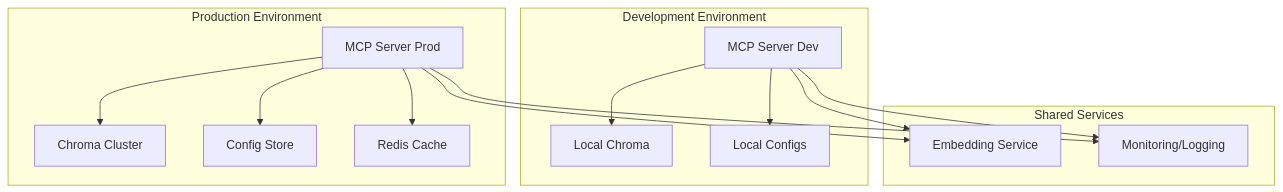
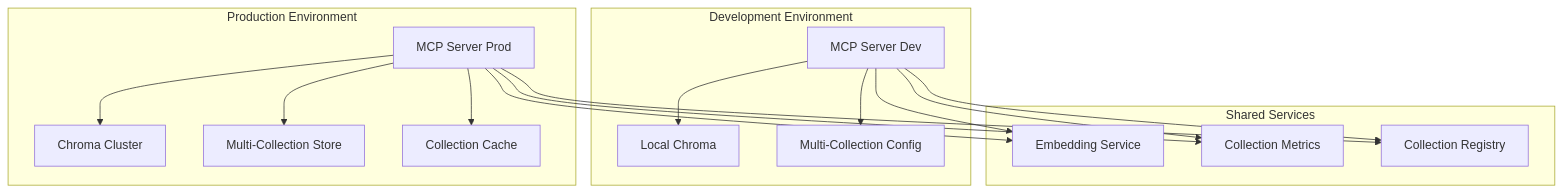
Before and after one commit to zeddq/web-rag: the eighth of 9 diagrams in docs/multi-collection-diagrams.md, drawn with Mermaid. The commit also changed other lines of this file and 17 other files, not shown here.

````diff
--- a/docs/multi-collection-diagrams.md
+++ b/docs/multi-collection-diagrams.md
@@ -265,32 +270,35 @@
 ```mermaid
 graph TB
     subgraph "Development Environment"
         DevMCP[MCP Server Dev]
         DevChroma[Local Chroma]
-        DevConfig[Local Configs]
+        DevMC[Multi-Collection Config]
     end
     
     subgraph "Production Environment"
         ProdMCP[MCP Server Prod]
         ProdChroma[Chroma Cluster]
-        ProdConfig[Config Store]
-        ProdCache[Redis Cache]
+        ProdMC[Multi-Collection Store]
+        ProdCache[Collection Cache]
     end
     
     subgraph "Shared Services"
         Embeddings[Embedding Service]
-        Monitoring[Monitoring/Logging]
+        Monitoring[Collection Metrics]
+        Registry[Collection Registry]
     end
     
     DevMCP --> DevChroma
-    DevMCP --> DevConfig
+    DevMCP --> DevMC
     DevMCP --> Embeddings
+    DevMCP --> Registry
     
     ProdMCP --> ProdChroma
-    ProdMCP --> ProdConfig
+    ProdMCP --> ProdMC
     ProdMCP --> ProdCache
     ProdMCP --> Embeddings
+    ProdMCP --> Registry
     
     DevMCP --> Monitoring
     ProdMCP --> Monitoring
 ```
````
